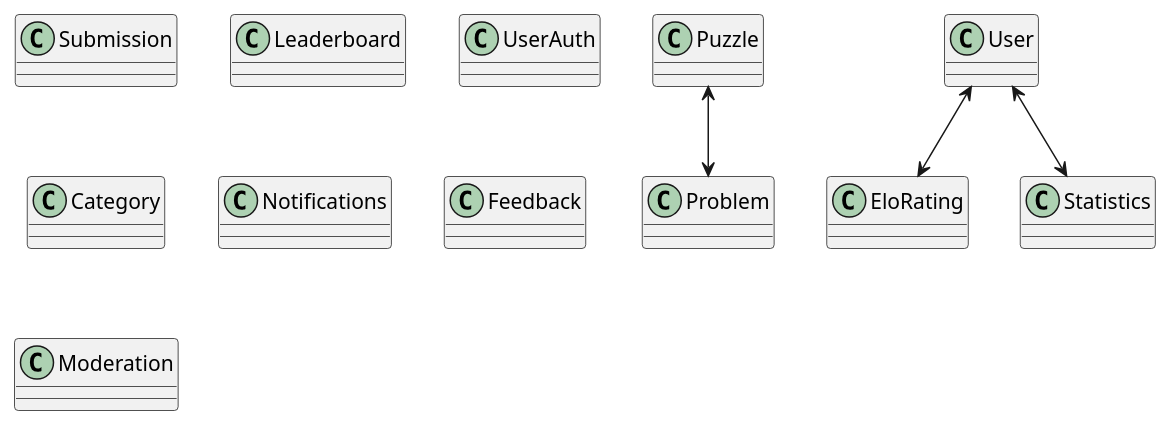
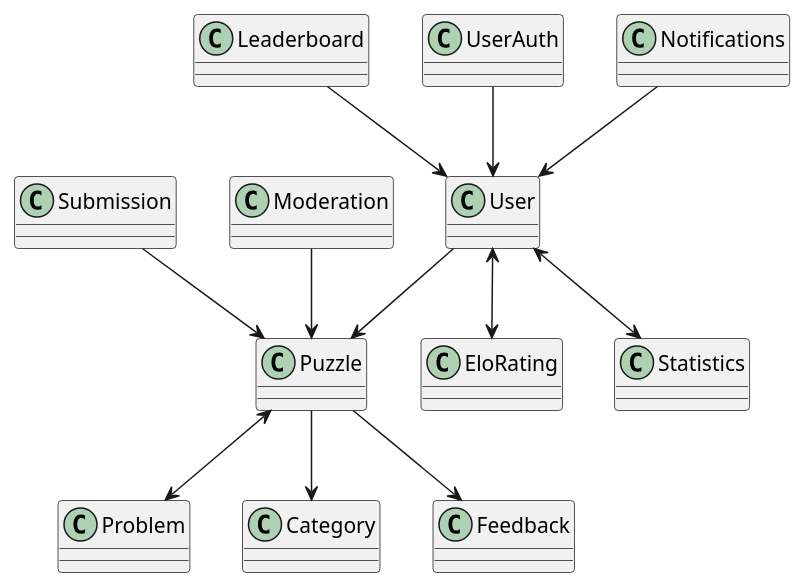
The diagram in SpringBootApplication/codingpuzzles-backend/SoftwareDesign/ClassDiagram.puml (duartecaldascardoso/Coding.com), drawn with PlantUML before and after one commit. The commit also changed other lines of this file, not shown here.

Commit message:
Class diagram updates, now all the entities are connected

```diff
--- a/SpringBootApplication/codingpuzzles-backend/SoftwareDesign/ClassDiagram.puml
+++ b/SpringBootApplication/codingpuzzles-backend/SoftwareDesign/ClassDiagram.puml
@@ -1,21 +2,29 @@
 @startuml
 'https://plantuml.com/class-diagram
 
 class Puzzle
 class User
 class EloRating
 class Problem
 class Submission
 class Leaderboard
 class UserAuth
 class Category
 class Notifications
 class Feedback
 class Moderation
 class Statistics
 
 Puzzle <--> Problem
 User <--> EloRating
 User <--> Statistics
+Puzzle --> Category
+Puzzle --> Feedback
+UserAuth --> User
+Leaderboard --> User
+Moderation --> Puzzle
+Submission --> Puzzle
+Notifications --> User
+User --> Puzzle
 
 @enduml
```
